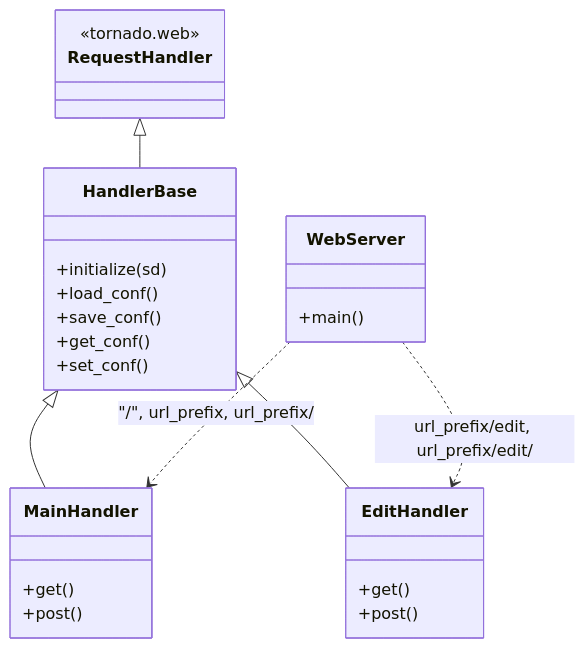
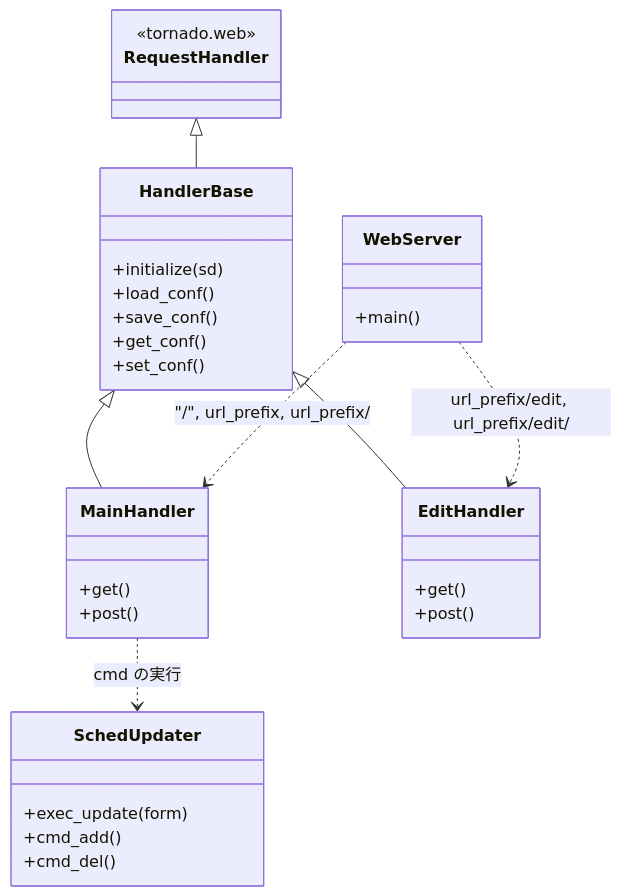
The second of 4 diagrams in src/README.md (ytani01/ytsched), drawn with Mermaid before and after one commit. The commit also changed other lines of this file and 15 other files, not shown here.

First line of the commit message:
refactor(main_handler): 更新の実行を sched_update.py へ出す（TODO-087）

````diff
--- a/src/README.md
+++ b/src/README.md
@@ -106,29 +107,35 @@
 ```mermaid
 classDiagram
     class RequestHandler {
         <<tornado.web>>
     }
     class HandlerBase {
         +initialize(sd)
         +load_conf()
         +save_conf()
         +get_conf()
         +set_conf()
     }
     class MainHandler {
         +get()
         +post()
     }
     class EditHandler {
         +get()
         +post()
     }
+    class SchedUpdater {
+        +exec_update(form)
+        +cmd_add()
+        +cmd_del()
+    }
     class WebServer {
         +main()
     }
     RequestHandler <|-- HandlerBase
     HandlerBase <|-- MainHandler
     HandlerBase <|-- EditHandler
+    MainHandler ..> SchedUpdater : cmd の実行
     WebServer ..> MainHandler : "/", url_prefix, url_prefix/
     WebServer ..> EditHandler : url_prefix/edit, url_prefix/edit/
 ```
````
